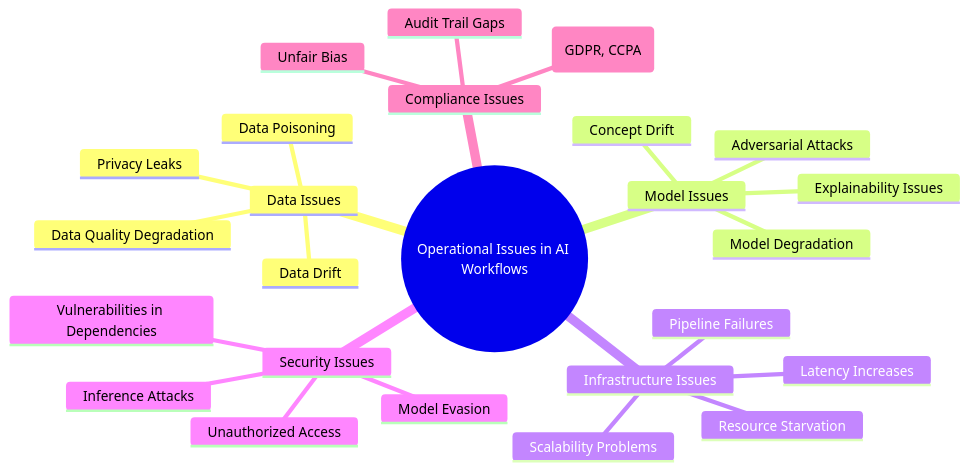
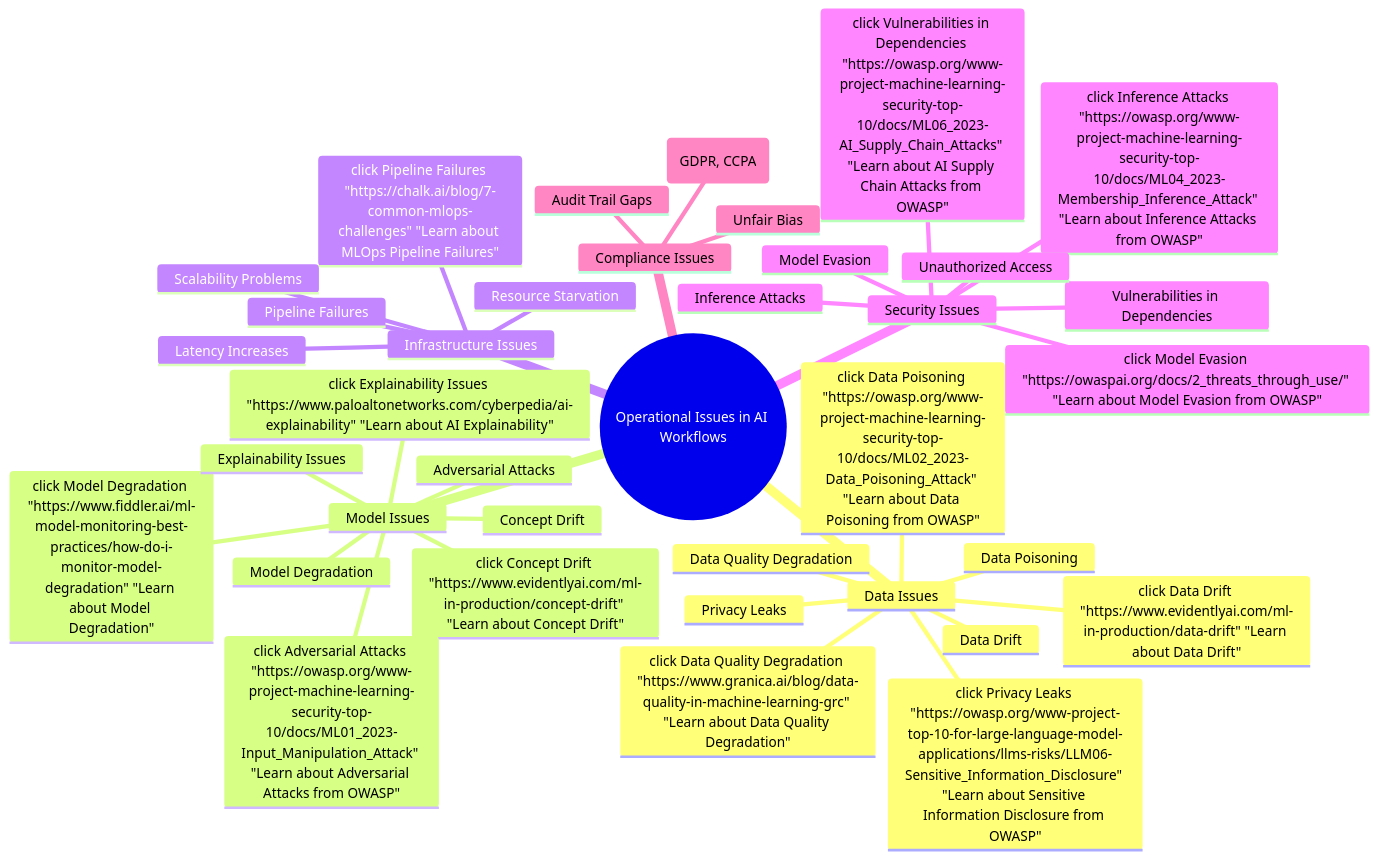
The second of 2 diagrams in ai_devsecops_workflow.md (karthickmuthuraj/public_test), drawn with Mermaid before and after one commit.

Commit message:
feat: Make operational issues mind map interactive
Adds 'click' actions to the Mermaid diagram in ai_devsecops_workflow.md.

This enhances the user experience by turning the static mind map into an interactive resource, with links to authoritative external documentation for key concepts.

Addresses code review feedback by applying the pattern consistently across all relevant nodes.

````diff
--- a/ai_devsecops_workflow.md
+++ b/ai_devsecops_workflow.md
@@ -45,34 +45,46 @@
 ```mermaid
 mindmap
   root((Operational Issues in AI Workflows))
     ::icon(fa fa-brain)
     Data Issues
       ::icon(fa fa-database)
       Data Drift
+      click Data Drift "https://www.evidentlyai.com/ml-in-production/data-drift" "Learn about Data Drift"
       Data Quality Degradation
+      click Data Quality Degradation "https://www.granica.ai/blog/data-quality-in-machine-learning-grc" "Learn about Data Quality Degradation"
       Data Poisoning
+      click Data Poisoning "https://owasp.org/www-project-machine-learning-security-top-10/docs/ML02_2023-Data_Poisoning_Attack" "Learn about Data Poisoning from OWASP"
       Privacy Leaks
+      click Privacy Leaks "https://owasp.org/www-project-top-10-for-large-language-model-applications/llms-risks/LLM06-Sensitive_Information_Disclosure" "Learn about Sensitive Information Disclosure from OWASP"
     Model Issues
       ::icon(fa fa-robot)
       Model Degradation
+      click Model Degradation "https://www.fiddler.ai/ml-model-monitoring-best-practices/how-do-i-monitor-model-degradation" "Learn about Model Degradation"
       Concept Drift
+      click Concept Drift "https://www.evidentlyai.com/ml-in-production/concept-drift" "Learn about Concept Drift"
       Adversarial Attacks
+      click Adversarial Attacks "https://owasp.org/www-project-machine-learning-security-top-10/docs/ML01_2023-Input_Manipulation_Attack" "Learn about Adversarial Attacks from OWASP"
       Explainability Issues
+      click Explainability Issues "https://www.paloaltonetworks.com/cyberpedia/ai-explainability" "Learn about AI Explainability"
     Infrastructure Issues
       ::icon(fa fa-server)
       Pipeline Failures
+      click Pipeline Failures "https://chalk.ai/blog/7-common-mlops-challenges" "Learn about MLOps Pipeline Failures"
       Scalability Problems
       Resource Starvation
       Latency Increases
     Security Issues
       ::icon(fa fa-shield-alt)
       Model Evasion
+      click Model Evasion "https://owaspai.org/docs/2_threats_through_use/" "Learn about Model Evasion from OWASP"
       Inference Attacks
+      click Inference Attacks "https://owasp.org/www-project-machine-learning-security-top-10/docs/ML04_2023-Membership_Inference_Attack" "Learn about Inference Attacks from OWASP"
       Vulnerabilities in Dependencies
+      click Vulnerabilities in Dependencies "https://owasp.org/www-project-machine-learning-security-top-10/docs/ML06_2023-AI_Supply_Chain_Attacks" "Learn about AI Supply Chain Attacks from OWASP"
       Unauthorized Access
     Compliance Issues
       ::icon(fa fa-gavel)
       Regulatory Violations (GDPR, CCPA)
       Audit Trail Gaps
       Unfair Bias
 ```
````
